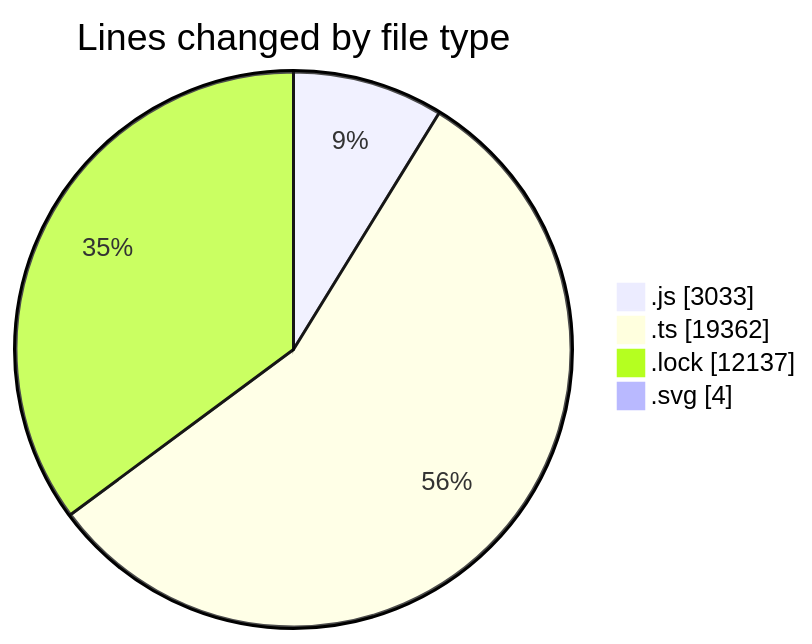
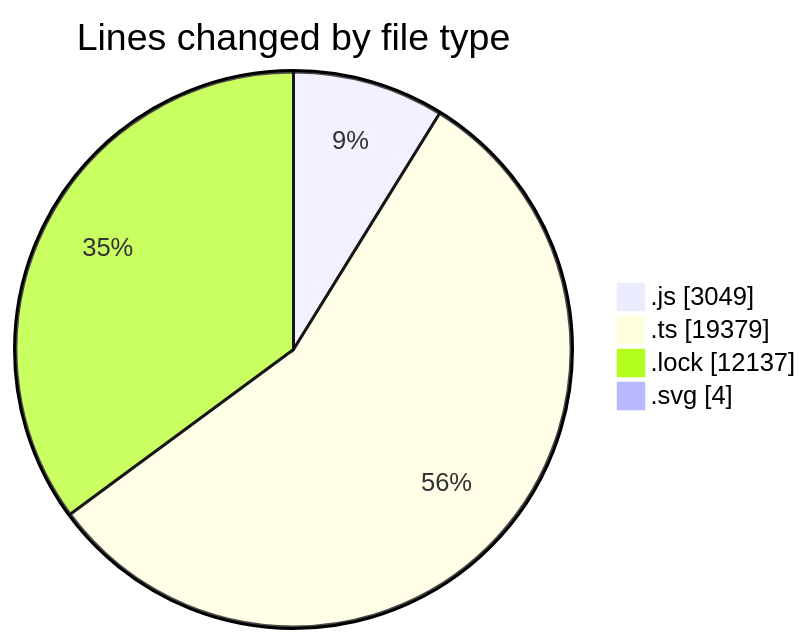
One commit to momahboobian/code-tracking changed the first of 2 diagrams in 2025-08-12/cda/README.md. Above: the diagram before and after it, drawn with Mermaid. The commit also changed other lines of this file and 1 other file, not shown here.

````diff
--- a/2025-08-12/cda/README.md
+++ b/2025-08-12/cda/README.md
@@ -42,8 +42,8 @@
 ```mermaid
 pie showData
 title Lines changed by file type
-".js" : 3033
-".ts" : 19362
+".js" : 3049
+".ts" : 19379
 ".lock" : 12137
 ".svg" : 4
 ```
````
